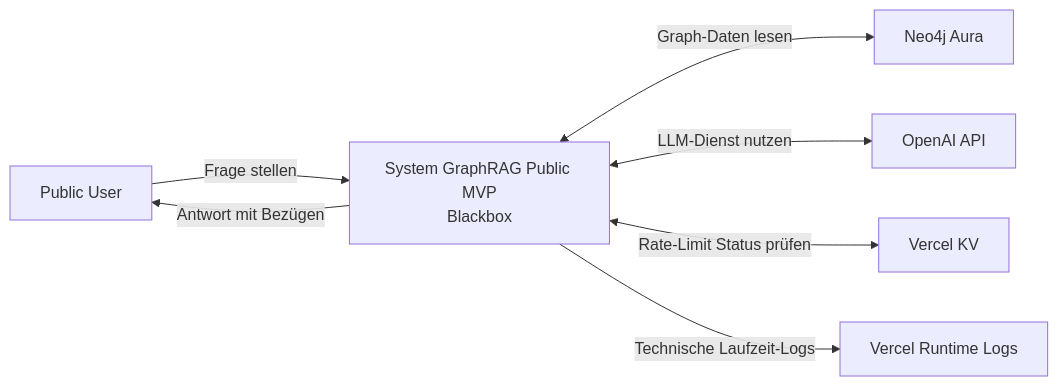
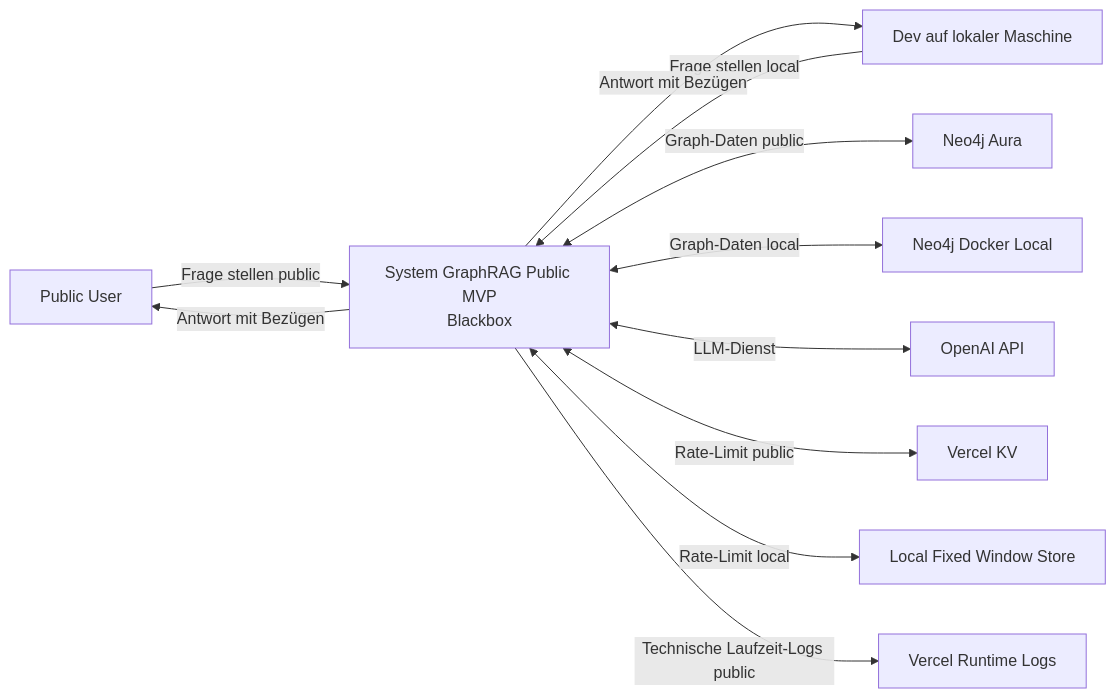
The first of 3 diagrams in docs/architecture/arc42.md (mimeonline/system-graph-rag-lab), drawn with Mermaid before and after one commit. The commit also changed other lines of this file and 11 other files, not shown here.

Commit message:
chore: align architecture and ux docs for local dev and typescript

````diff
--- a/docs/architecture/arc42.md
+++ b/docs/architecture/arc42.md
@@ -10,16 +11,23 @@
 ```mermaid
 flowchart LR
   user[Public User]
+  dev[Dev auf lokaler Maschine]
   system[System GraphRAG Public MVP\nBlackbox]
-  neo4j[Neo4j Aura]
+  neo4jAura[Neo4j Aura]
+  neo4jLocal[Neo4j Docker Local]
   openai[OpenAI API]
   kv[Vercel KV]
+  rlLocal[Local Fixed Window Store]
   logs[Vercel Runtime Logs]
 
-  user -->|Frage stellen| system
+  user -->|Frage stellen public| system
+  dev -->|Frage stellen local| system
   system -->|Antwort mit Bezügen| user
-  system <-->|Graph-Daten lesen| neo4j
-  system <-->|LLM-Dienst nutzen| openai
-  system <-->|Rate-Limit Status prüfen| kv
-  system -->|Technische Laufzeit-Logs| logs
+  system -->|Antwort mit Bezügen| dev
+  system <-->|Graph-Daten public| neo4jAura
+  system <-->|Graph-Daten local| neo4jLocal
+  system <-->|LLM-Dienst| openai
+  system <-->|Rate-Limit public| kv
+  system <-->|Rate-Limit local| rlLocal
+  system -->|Technische Laufzeit-Logs public| logs
 ```
````
